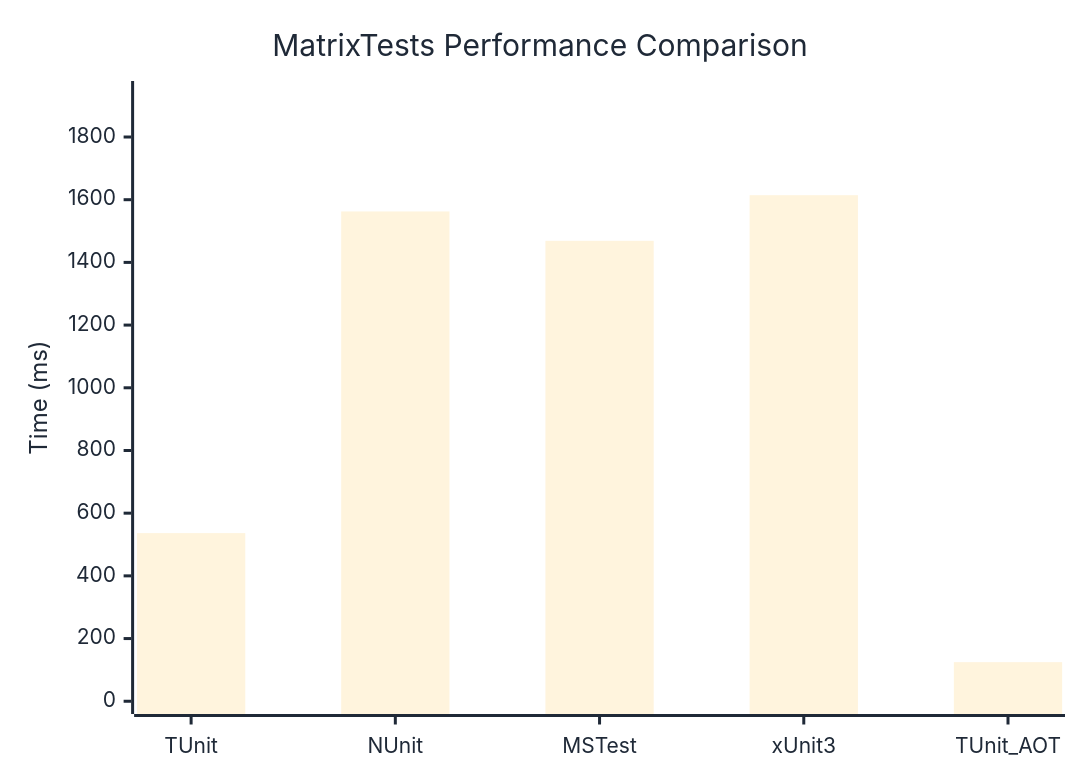
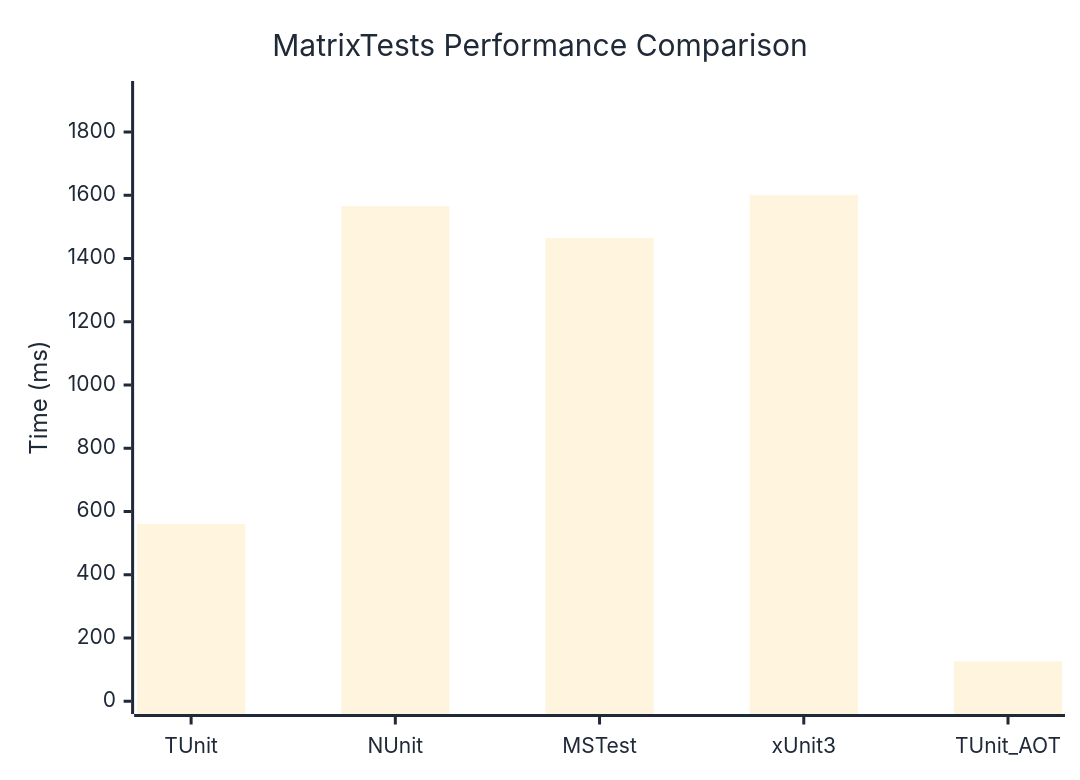
Before and after one commit to thomhurst/TUnit: the diagram in docs/docs/benchmarks/MatrixTests.md, drawn with Mermaid. The commit also changed other lines of this file and 17 other files, not shown here.

````diff
--- a/docs/docs/benchmarks/MatrixTests.md
+++ b/docs/docs/benchmarks/MatrixTests.md
@@ -27,37 +27,37 @@
 ```mermaid
 %%{init: {
   'theme':'base',
   'themeVariables': {
     'primaryColor': '#2563eb',
     'primaryTextColor': '#1f2937',
     'primaryBorderColor': '#1e40af',
     'lineColor': '#6b7280',
     'secondaryColor': '#7c3aed',
     'tertiaryColor': '#dc2626',
     'background': '#ffffff',
     'mainBkg': '#2563eb',
     'secondBkg': '#7c3aed',
     'tertiaryBkg': '#dc2626',
     'clusterBkg': '#f3f4f6',
     'edgeLabelBackground': '#ffffff',
     'tertiaryTextColor': '#1f2937',
     'pie1': '#2563eb',
     'pie2': '#7c3aed',
     'pie3': '#dc2626',
     'pie4': '#f59e0b',
     'pie5': '#10b981',
     'pie6': '#06b6d4',
     'pie7': '#ec4899',
     'pie8': '#6366f1',
     'pie9': '#84cc16',
     'pie10': '#f97316',
     'pie11': '#14b8a6',
     'pie12': '#a855f7'
   }
 }}%%
 xychart-beta
   title "MatrixTests Performance Comparison"
   x-axis ["TUnit", "NUnit", "MSTest", "xUnit3", "TUnit_AOT"]
-  y-axis "Time (ms)" 0 --> 1938
-  bar [536.4, 1562.5, 1468.8, 1614.4, 124.7]
+  y-axis "Time (ms)" 0 --> 1921
+  bar [560.7, 1565.3, 1464.7, 1600.7, 126.2]
 ```
````
